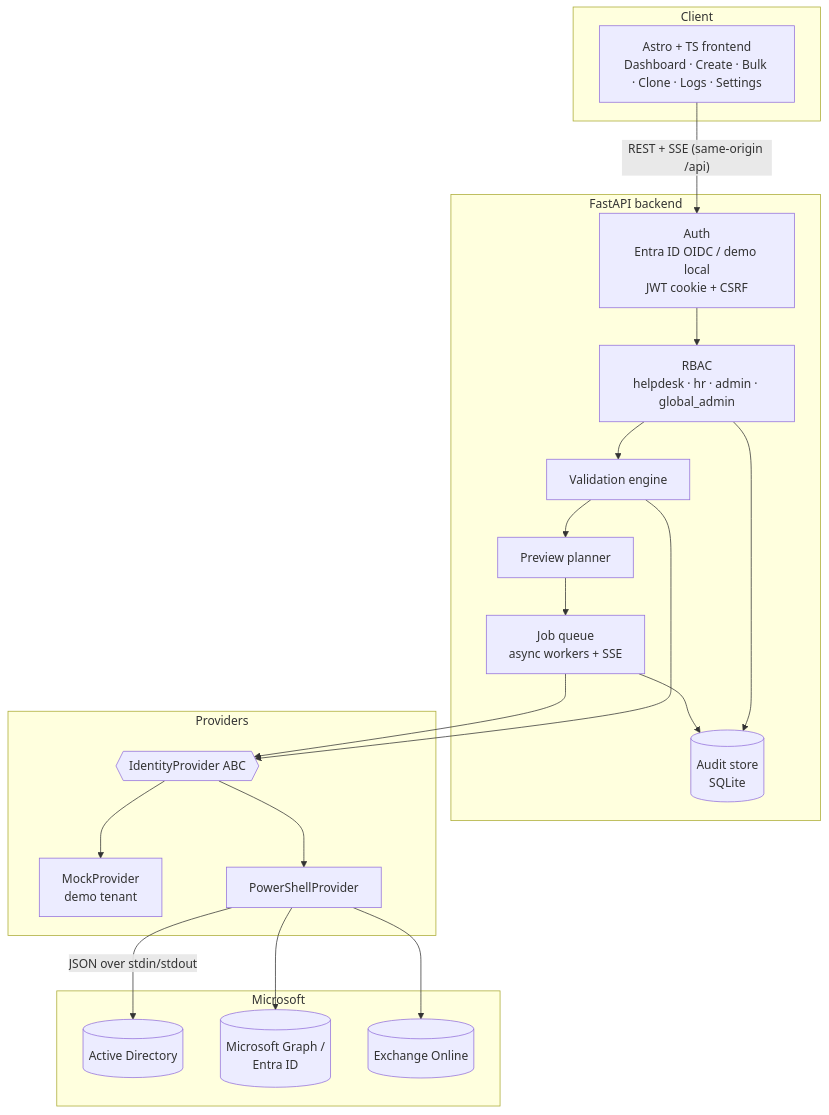
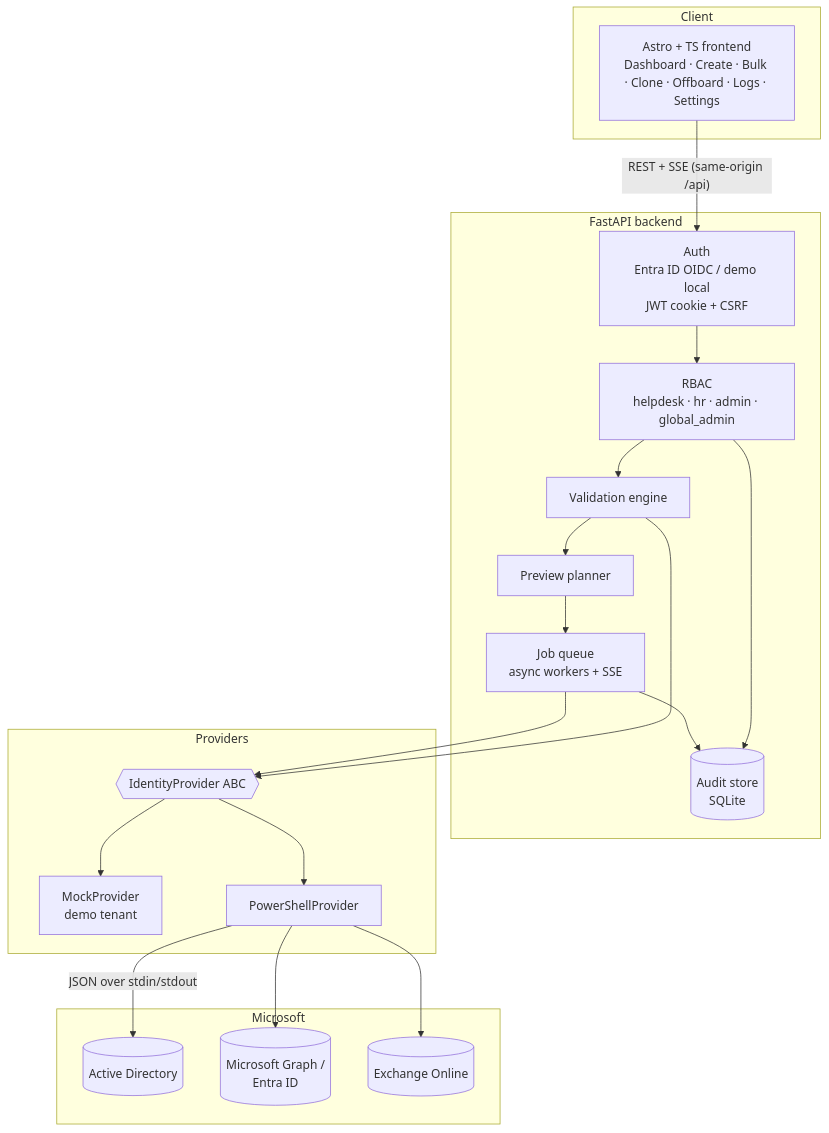
The first of 2 diagrams in docs/ARCHITECTURE.md (juandresrodca/Enterprise-Onboarding-Platform), drawn with Mermaid before and after one commit. The commit also changed other lines of this file and 27 other files, not shown here.

````diff
--- a/docs/ARCHITECTURE.md
+++ b/docs/ARCHITECTURE.md
@@ -7,36 +7,36 @@
 ```mermaid
 flowchart TD
     subgraph Client
-      UI[Astro + TS frontend<br/>Dashboard · Create · Bulk · Clone · Logs · Settings]
+      UI[Astro + TS frontend<br/>Dashboard · Create · Bulk · Clone · Offboard · Logs · Settings]
     end
     subgraph API [FastAPI backend]
       AUTH[Auth<br/>Entra ID OIDC / demo local<br/>JWT cookie + CSRF]
       RBAC[RBAC<br/>helpdesk · hr · admin · global_admin]
       VAL[Validation engine]
       PLAN[Preview planner]
       JOBS[Job queue<br/>async workers + SSE]
       AUD[(Audit store<br/>SQLite)]
     end
     subgraph Providers
       IP{{IdentityProvider ABC}}
       MOCK[MockProvider<br/>demo tenant]
       PS[PowerShellProvider]
     end
     subgraph Microsoft
       AD[(Active Directory)]
       GRAPH[(Microsoft Graph /<br/>Entra ID)]
       EXO[(Exchange Online)]
     end
 
     UI -- "REST + SSE (same-origin /api)" --> AUTH
     AUTH --> RBAC --> VAL --> PLAN --> JOBS
     JOBS --> IP
     VAL --> IP
     IP --> MOCK
     IP --> PS
     PS -- "JSON over stdin/stdout" --> AD
     PS --> GRAPH
     PS --> EXO
     JOBS --> AUD
     RBAC --> AUD
 ```
````
